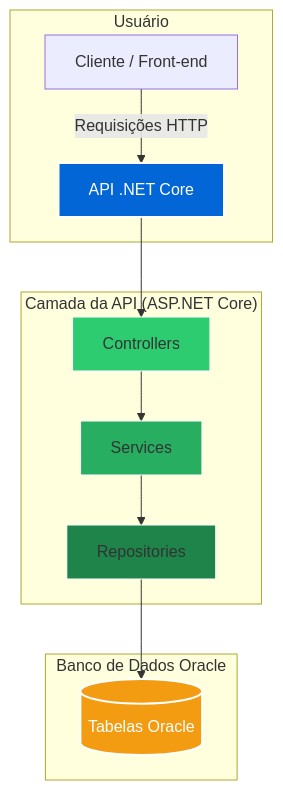
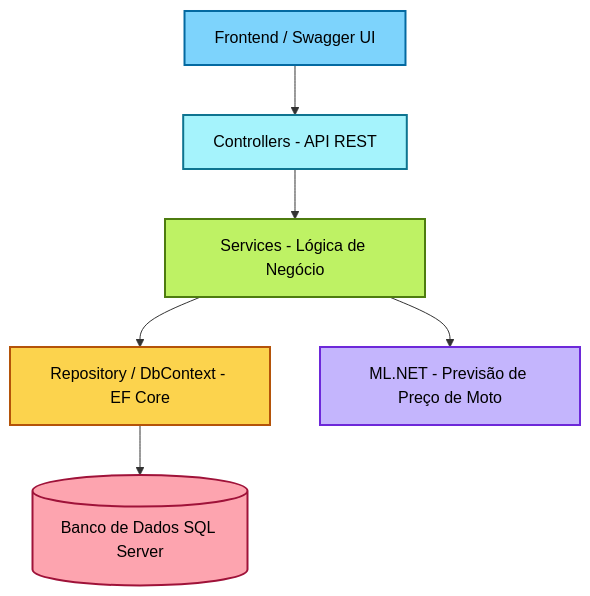
One commit to HeitorOrtega/Sprint.NET changed the first of 2 diagrams in README.md. Above: the diagram before and after it, drawn with Mermaid. The commit also changed other lines of this file, not shown here.

````diff
--- a/README.md
+++ b/README.md
@@ -38,24 +225,17 @@
 ```mermaid
-graph TD
-    subgraph Usuário
-        A[Cliente / Front-end] -->|Requisições HTTP| B[API .NET Core]
-    end
+flowchart TD
+    A[Frontend / Swagger UI] --> B[Controllers - API REST]
+    B --> C[Services - Lógica de Negócio]
+    C --> D[Repository / DbContext - EF Core]
+    D --> E[(Banco de Dados SQL Server)]
+    C --> F[ML.NET - Previsão de Preço de Moto]
 
-    subgraph API["Camada da API (ASP.NET Core)"]
-        B --> C1[Controllers]
-        C1 --> C2[Services]
-        C2 --> C3[Repositories]
-    end
+    style A fill:#7dd3fc,stroke:#0369a1,stroke-width:2px,color:#000
+    style B fill:#a5f3fc,stroke:#0e7490,stroke-width:2px,color:#000
+    style C fill:#bef264,stroke:#4d7c0f,stroke-width:2px,color:#000
+    style D fill:#fcd34d,stroke:#b45309,stroke-width:2px,color:#000
+    style E fill:#fda4af,stroke:#9f1239,stroke-width:2px,color:#000
+    style F fill:#c4b5fd,stroke:#6d28d9,stroke-width:2px,color:#000
 
-    subgraph Banco["Banco de Dados Oracle"]
-        D[(Tabelas Oracle)]
-    end
 
-     C3 --> D
-
-    style B fill:#0366d6,stroke:#fff,stroke-width:2px,color:#fff
-    style D fill:#f39c12,stroke:#fff,stroke-width:2px,color:#fff
-    style C1 fill:#2ecc71,stroke:#fff
-    style C2 fill:#27ae60,stroke:#fff
-    style C3 fill:#1e8449,stroke:#fff
 ```
````
